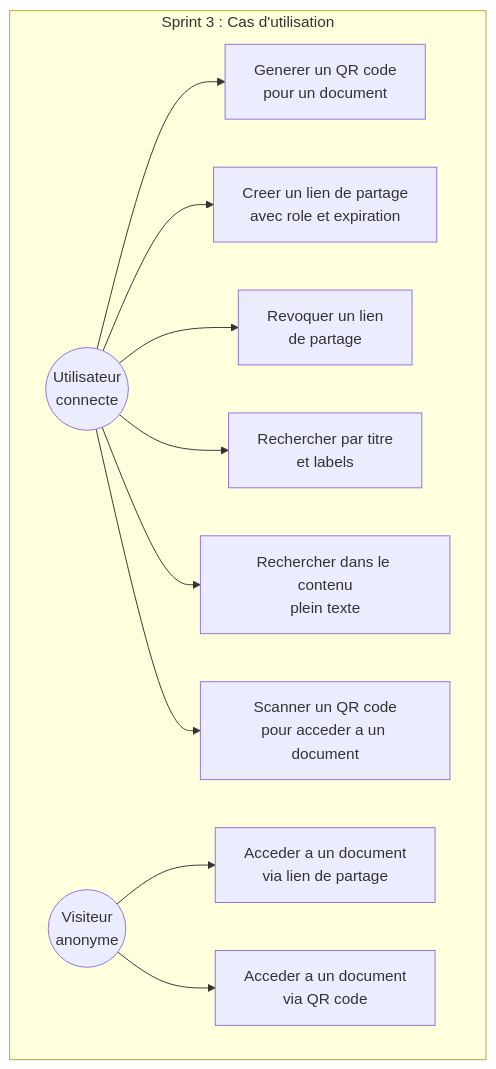
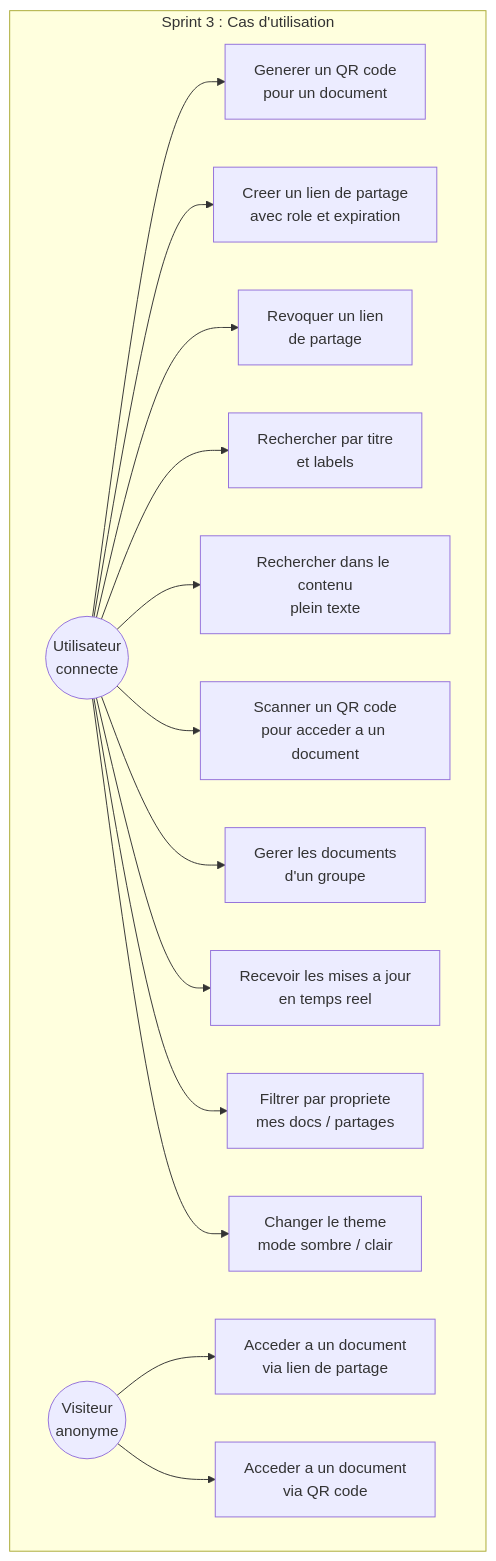
The first of 8 diagrams in rapport/chapitre-5-sprint3-partage-recherche.md (mohamedYassinChayada/stage-perf), drawn with Mermaid before and after one commit. The commit also changed other lines of this file and 7 other files, not shown here.

First line of the commit message:
feat: Update UML diagrams and documentation for new features

````diff
--- a/rapport/chapitre-5-sprint3-partage-recherche.md
+++ b/rapport/chapitre-5-sprint3-partage-recherche.md
@@ -33,17 +41,21 @@
 ```mermaid
 graph TB
     subgraph "Sprint 3 : Cas d'utilisation"
         U((Utilisateur<br/>connecte))
         V((Visiteur<br/>anonyme))
 
         U --> UC1[Generer un QR code<br/>pour un document]
         U --> UC2[Creer un lien de partage<br/>avec role et expiration]
         U --> UC3[Revoquer un lien<br/>de partage]
         U --> UC4[Rechercher par titre<br/>et labels]
         U --> UC5[Rechercher dans le contenu<br/>plein texte]
         U --> UC6[Scanner un QR code<br/>pour acceder a un document]
+        U --> UC9[Gerer les documents<br/>d'un groupe]
+        U --> UC10[Recevoir les mises a jour<br/>en temps reel]
+        U --> UC11[Filtrer par propriete<br/>mes docs / partages]
+        U --> UC12[Changer le theme<br/>mode sombre / clair]
 
         V --> UC7[Acceder a un document<br/>via lien de partage]
         V --> UC8[Acceder a un document<br/>via QR code]
     end
 ```
````
